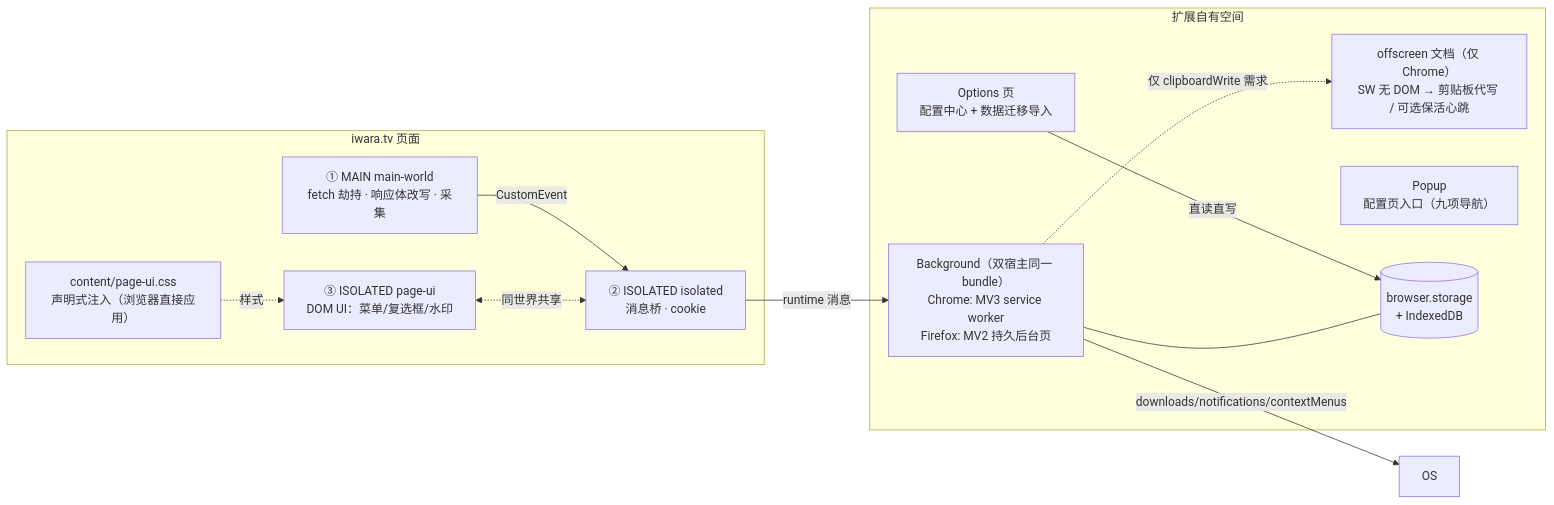
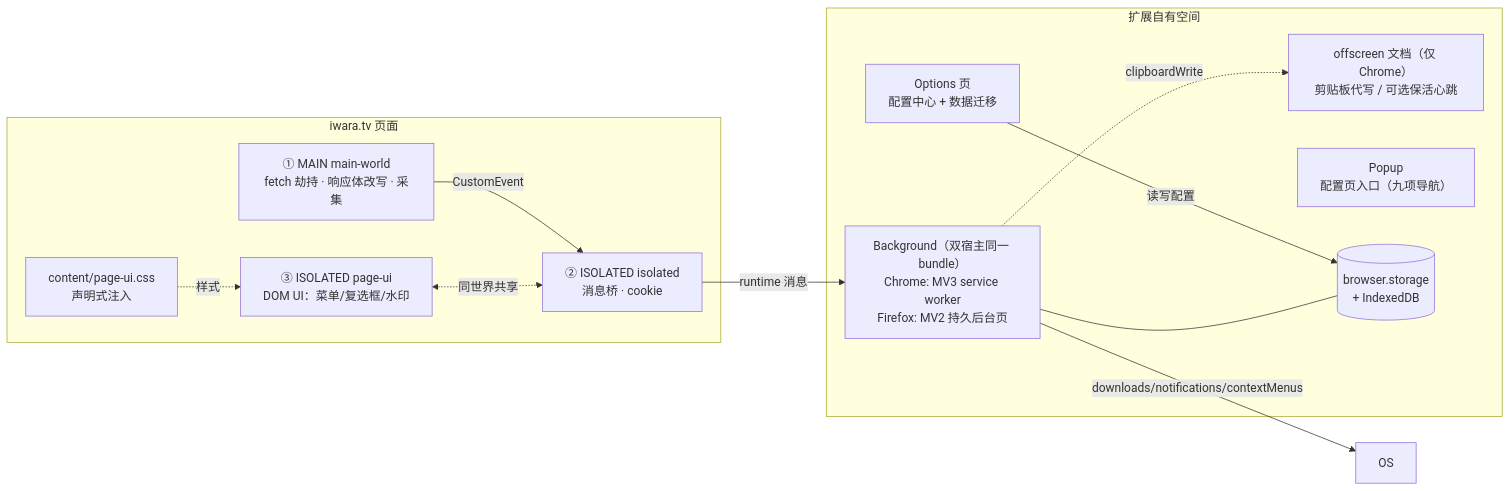
The diagram in README.md (dawn-lc/IwaraAssistant), drawn with Mermaid before and after one commit. The commit also changed other lines of this file and 56 other files, not shown here.

````diff
--- a/README.md
+++ b/README.md
@@ -59,24 +16,24 @@
 ```mermaid
 flowchart LR
     subgraph page["iwara.tv 页面"]
         MW["① MAIN main-world<br/>fetch 劫持 · 响应体改写 · 采集"]
         ISO["② ISOLATED isolated<br/>消息桥 · cookie"]
-        UI["③ ISOLATED page-ui<br/> DOM UI：菜单/复选框/水印"]
-        CSSD["content/page-ui.css<br/>声明式注入（浏览器直接应用）"]
+        UI["③ ISOLATED page-ui<br/>DOM UI：菜单/复选框/水印"]
+        CSSD["content/page-ui.css<br/>声明式注入"]
     end
     subgraph ext["扩展自有空间"]
         BG["Background（双宿主同一 bundle）<br/>Chrome: MV3 service worker<br/>Firefox: MV2 持久后台页"]
-        OFF["offscreen 文档（仅 Chrome）<br/>SW 无 DOM → 剪贴板代写 / 可选保活心跳"]
-        OPT["Options 页<br/>配置中心 + 数据迁移导入"]
+        OFF["offscreen 文档（仅 Chrome）<br/>剪贴板代写 / 可选保活心跳"]
+        OPT["Options 页<br/>配置中心 + 数据迁移"]
         SP["Popup<br/>配置页入口（九项导航）"]
         ST[("browser.storage<br/>+ IndexedDB")]
     end
     MW -- CustomEvent --> ISO
     ISO -- runtime 消息 --> BG
     UI <-.同世界共享.-> ISO
     CSSD -. 样式 .-> UI
-    BG -. 仅 clipboardWrite 需求 .-> OFF
-    OPT -- 直读直写 --> ST
+    BG -. clipboardWrite .-> OFF
+    OPT -- 读写配置 --> ST
     BG --- ST
     BG -- downloads/notifications/contextMenus --> OS
 ```
````
